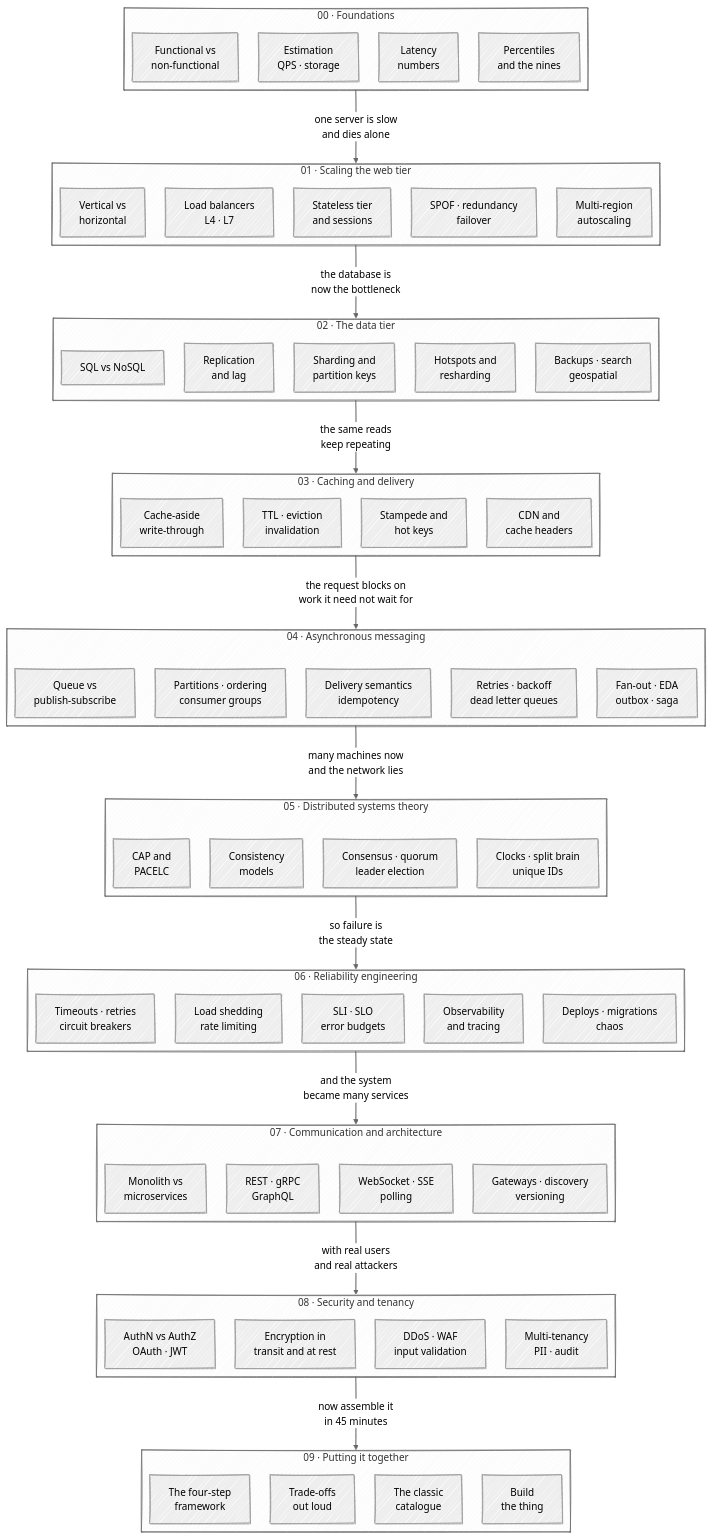
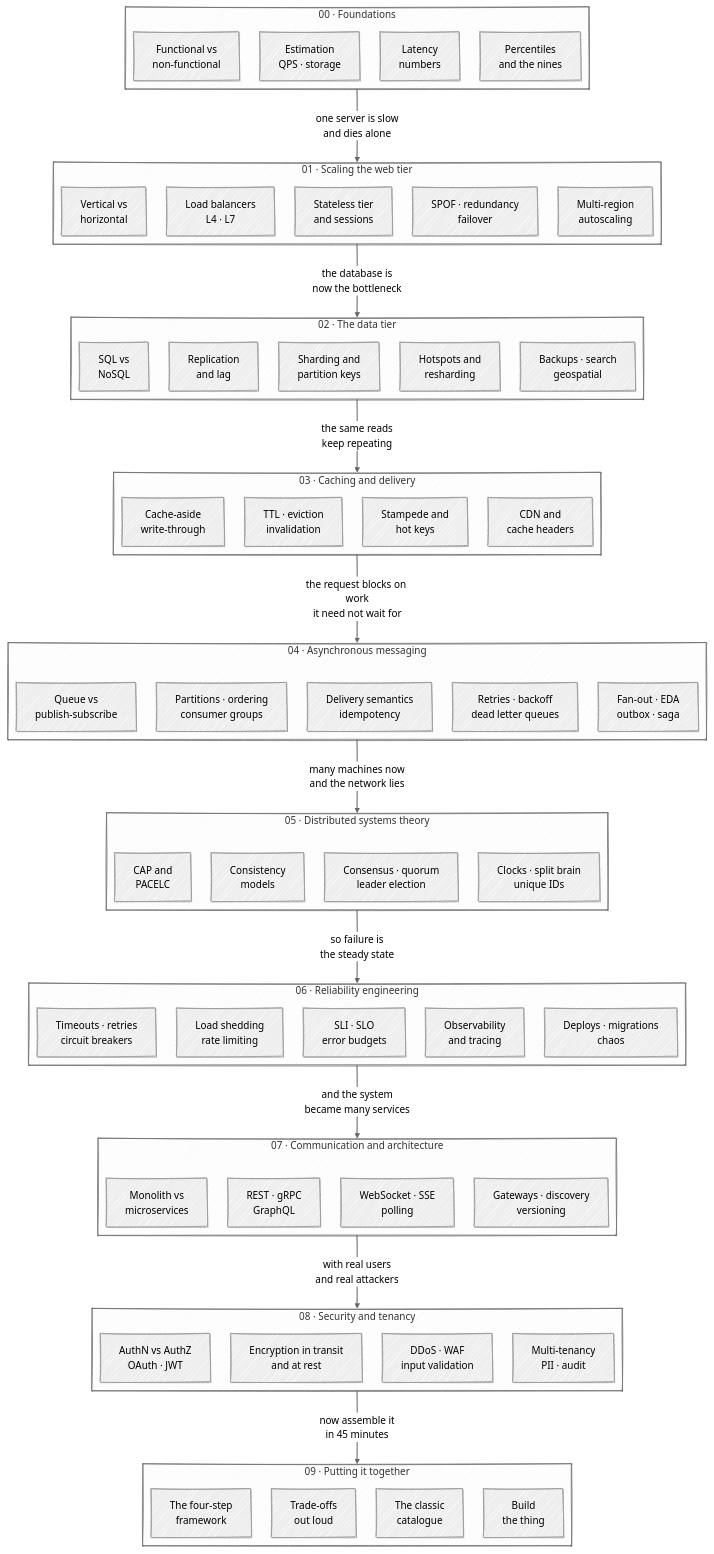
Before and after one commit to mhayk/system-design: the diagram in resources/roadmap/README.md, drawn with Mermaid.

Commit message:
Fix the flowchart labels: quoted labels swallow the line breaks
Mermaid treats a quoted label as literal text and strips the <br/>,
concatenating the words either side of it — "Consensus · quorumleader
election". Unquoted labels, which is what the other diagrams in this
repo already use, honour the break.

````diff
--- a/resources/roadmap/README.md
+++ b/resources/roadmap/README.md
@@ -20,69 +20,69 @@
 ```mermaid
 ---
 config:
   look: handDrawn
   layout: elk
   theme: neutral
 ---
 flowchart TB
 
   subgraph S0["00 · Foundations"]
     direction LR
-    a1["Functional vs<br/>non-functional"] ~~~ a2["Estimation<br/>QPS · storage"] ~~~ a3["Latency<br/>numbers"] ~~~ a4["Percentiles<br/>and the nines"]
+    a1[Functional vs<br/>non-functional] ~~~ a2[Estimation<br/>QPS · storage] ~~~ a3[Latency<br/>numbers] ~~~ a4[Percentiles<br/>and the nines]
   end
 
   subgraph S1["01 · Scaling the web tier"]
     direction LR
-    b1["Vertical vs<br/>horizontal"] ~~~ b2["Load balancers<br/>L4 · L7"] ~~~ b3["Stateless tier<br/>and sessions"] ~~~ b4["SPOF · redundancy<br/>failover"] ~~~ b5["Multi-region<br/>autoscaling"]
+    b1[Vertical vs<br/>horizontal] ~~~ b2[Load balancers<br/>L4 · L7] ~~~ b3[Stateless tier<br/>and sessions] ~~~ b4[SPOF · redundancy<br/>failover] ~~~ b5[Multi-region<br/>autoscaling]
   end
 
   subgraph S2["02 · The data tier"]
     direction LR
-    c1["SQL vs NoSQL"] ~~~ c2["Replication<br/>and lag"] ~~~ c3["Sharding and<br/>partition keys"] ~~~ c4["Hotspots and<br/>resharding"] ~~~ c5["Backups · search<br/>geospatial"]
+    c1[SQL vs<br/>NoSQL] ~~~ c2[Replication<br/>and lag] ~~~ c3[Sharding and<br/>partition keys] ~~~ c4[Hotspots and<br/>resharding] ~~~ c5[Backups · search<br/>geospatial]
   end
 
   subgraph S3["03 · Caching and delivery"]
     direction LR
-    d1["Cache-aside<br/>write-through"] ~~~ d2["TTL · eviction<br/>invalidation"] ~~~ d3["Stampede and<br/>hot keys"] ~~~ d4["CDN and<br/>cache headers"]
+    d1[Cache-aside<br/>write-through] ~~~ d2[TTL · eviction<br/>invalidation] ~~~ d3[Stampede and<br/>hot keys] ~~~ d4[CDN and<br/>cache headers]
   end
 
   subgraph S4["04 · Asynchronous messaging"]
     direction LR
-    e1["Queue vs<br/>publish-subscribe"] ~~~ e2["Partitions · ordering<br/>consumer groups"] ~~~ e3["Delivery semantics<br/>idempotency"] ~~~ e4["Retries · backoff<br/>dead letter queues"] ~~~ e5["Fan-out · EDA<br/>outbox · saga"]
+    e1[Queue vs<br/>publish-subscribe] ~~~ e2[Partitions · ordering<br/>consumer groups] ~~~ e3[Delivery semantics<br/>idempotency] ~~~ e4[Retries · backoff<br/>dead letter queues] ~~~ e5[Fan-out · EDA<br/>outbox · saga]
   end
 
   subgraph S5["05 · Distributed systems theory"]
     direction LR
-    f1["CAP and<br/>PACELC"] ~~~ f2["Consistency<br/>models"] ~~~ f3["Consensus · quorum<br/>leader election"] ~~~ f4["Clocks · split brain<br/>unique IDs"]
+    f1[CAP and<br/>PACELC] ~~~ f2[Consistency<br/>models] ~~~ f3[Consensus · quorum<br/>leader election] ~~~ f4[Clocks · split brain<br/>unique IDs]
   end
 
   subgraph S6["06 · Reliability engineering"]
     direction LR
-    g1["Timeouts · retries<br/>circuit breakers"] ~~~ g2["Load shedding<br/>rate limiting"] ~~~ g3["SLI · SLO<br/>error budgets"] ~~~ g4["Observability<br/>and tracing"] ~~~ g5["Deploys · migrations<br/>chaos"]
+    g1[Timeouts · retries<br/>circuit breakers] ~~~ g2[Load shedding<br/>rate limiting] ~~~ g3[SLI · SLO<br/>error budgets] ~~~ g4[Observability<br/>and tracing] ~~~ g5[Deploys · migrations<br/>chaos]
   end
 
   subgraph S7["07 · Communication and architecture"]
     direction LR
-    h1["Monolith vs<br/>microservices"] ~~~ h2["REST · gRPC<br/>GraphQL"] ~~~ h3["WebSocket · SSE<br/>polling"] ~~~ h4["Gateways · discovery<br/>versioning"]
+    h1[Monolith vs<br/>microservices] ~~~ h2[REST · gRPC<br/>GraphQL] ~~~ h3[WebSocket · SSE<br/>polling] ~~~ h4[Gateways · discovery<br/>versioning]
   end
 
   subgraph S8["08 · Security and tenancy"]
     direction LR
-    i1["AuthN vs AuthZ<br/>OAuth · JWT"] ~~~ i2["Encryption in<br/>transit and at rest"] ~~~ i3["DDoS · WAF<br/>input validation"] ~~~ i4["Multi-tenancy<br/>PII · audit"]
+    i1[AuthN vs AuthZ<br/>OAuth · JWT] ~~~ i2[Encryption in transit<br/>and at rest] ~~~ i3[DDoS · WAF<br/>input validation] ~~~ i4[Multi-tenancy<br/>PII · audit]
   end
 
   subgraph S9["09 · Putting it together"]
     direction LR
-    j1["The four-step<br/>framework"] ~~~ j2["Trade-offs<br/>out loud"] ~~~ j3["The classic<br/>catalogue"] ~~~ j4["Build<br/>the thing"]
+    j1[The four-step<br/>framework] ~~~ j2[Trade-offs<br/>out loud] ~~~ j3[The classic<br/>catalogue] ~~~ j4[Build<br/>the thing]
   end
 
-  S0 -->|"one server is slow<br/>and dies alone"| S1
-  S1 -->|"the database is<br/>now the bottleneck"| S2
-  S2 -->|"the same reads<br/>keep repeating"| S3
-  S3 -->|"the request blocks on<br/>work it need not wait for"| S4
-  S4 -->|"many machines now<br/>and the network lies"| S5
-  S5 -->|"so failure is<br/>the steady state"| S6
-  S6 -->|"and the system<br/>became many services"| S7
-  S7 -->|"with real users<br/>and real attackers"| S8
-  S8 -->|"now assemble it<br/>in 45 minutes"| S9
+  S0 -->|one server is slow<br/>and dies alone| S1
+  S1 -->|the database is<br/>now the bottleneck| S2
+  S2 -->|the same reads<br/>keep repeating| S3
+  S3 -->|the request blocks on work<br/>it need not wait for| S4
+  S4 -->|many machines now<br/>and the network lies| S5
+  S5 -->|so failure is<br/>the steady state| S6
+  S6 -->|and the system<br/>became many services| S7
+  S7 -->|with real users<br/>and real attackers| S8
+  S8 -->|now assemble it<br/>in 45 minutes| S9
 ```
````
